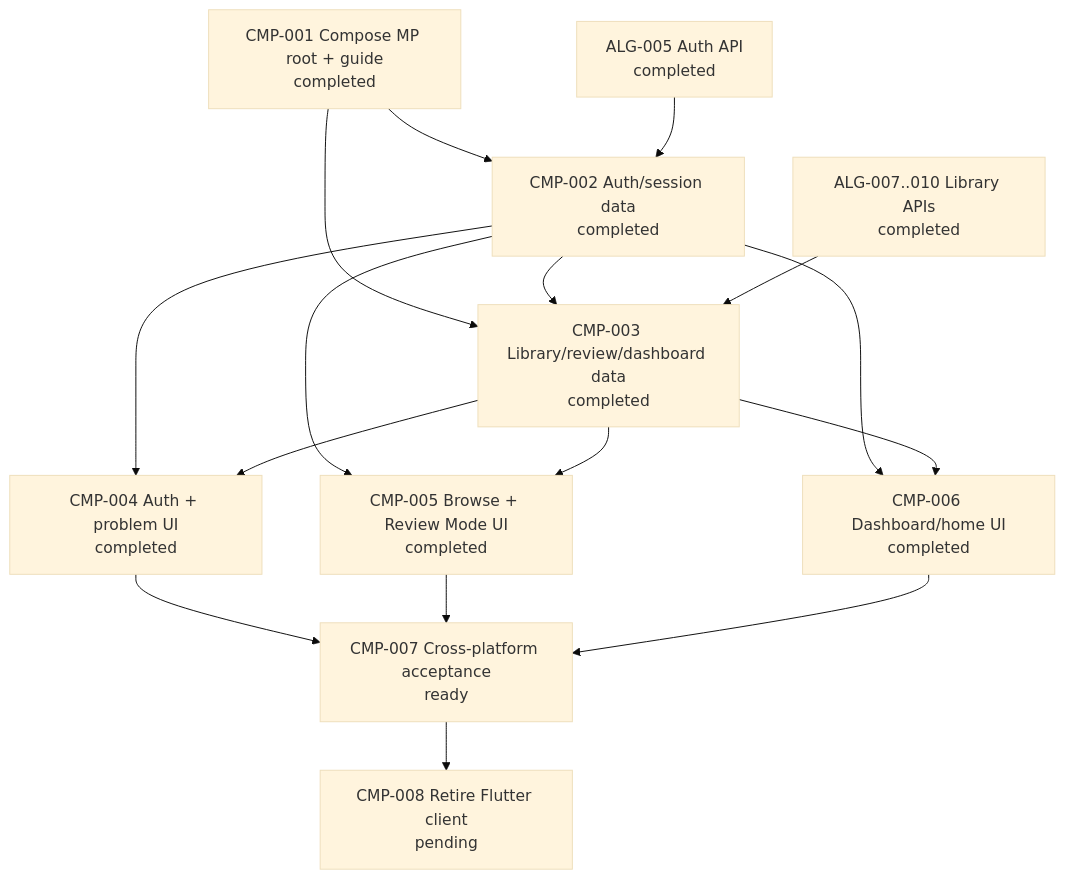
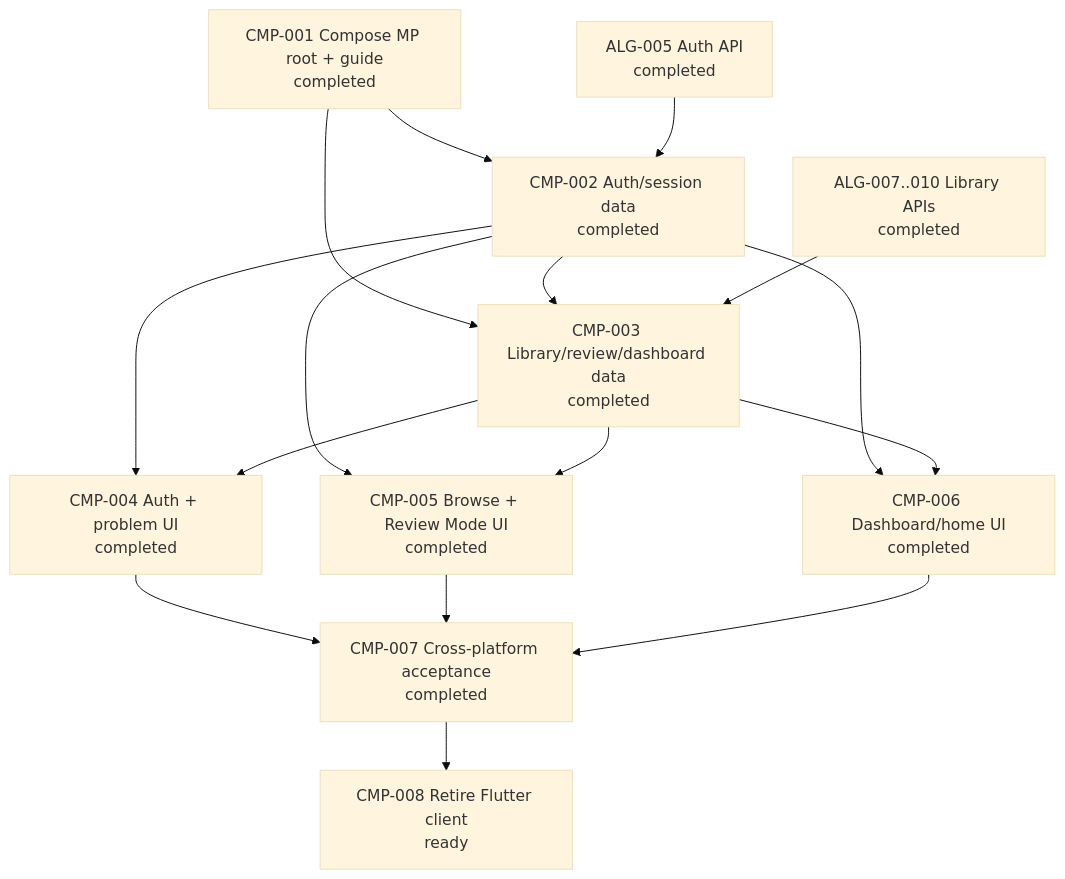
One commit to allenljf/algorithm-learning changed the fourth of 4 diagrams in agent-workflow/WORK_GRAPH.md. Above: the diagram before and after it, drawn with Mermaid (base theme). The commit also changed 8 other files, not shown here.

Commit message:
test: add Compose cross-platform acceptance suite

````diff
--- a/agent-workflow/WORK_GRAPH.md
+++ b/agent-workflow/WORK_GRAPH.md
@@ -107,29 +107,29 @@
 ```mermaid
 flowchart TD
   C1[CMP-001 Compose MP root + guide\ncompleted]
   C2[CMP-002 Auth/session data\ncompleted]
   C3[CMP-003 Library/review/dashboard data\ncompleted]
   A5[ALG-005 Auth API\ncompleted]
   A7[ALG-007..010 Library APIs\ncompleted]
   C4[CMP-004 Auth + problem UI\ncompleted]
   C5[CMP-005 Browse + Review Mode UI\ncompleted]
   C6[CMP-006 Dashboard/home UI\ncompleted]
-  C7[CMP-007 Cross-platform acceptance\nready]
-  C8[CMP-008 Retire Flutter client\npending]
+  C7[CMP-007 Cross-platform acceptance\ncompleted]
+  C8[CMP-008 Retire Flutter client\nready]
 
   C1 --> C2
   A5 --> C2
   C1 --> C3
   C2 --> C3
   A7 --> C3
   C2 --> C4
   C3 --> C4
   C2 --> C5
   C3 --> C5
   C2 --> C6
   C3 --> C6
   C4 --> C7
   C5 --> C7
   C6 --> C7
   C7 --> C8
 ```
````
